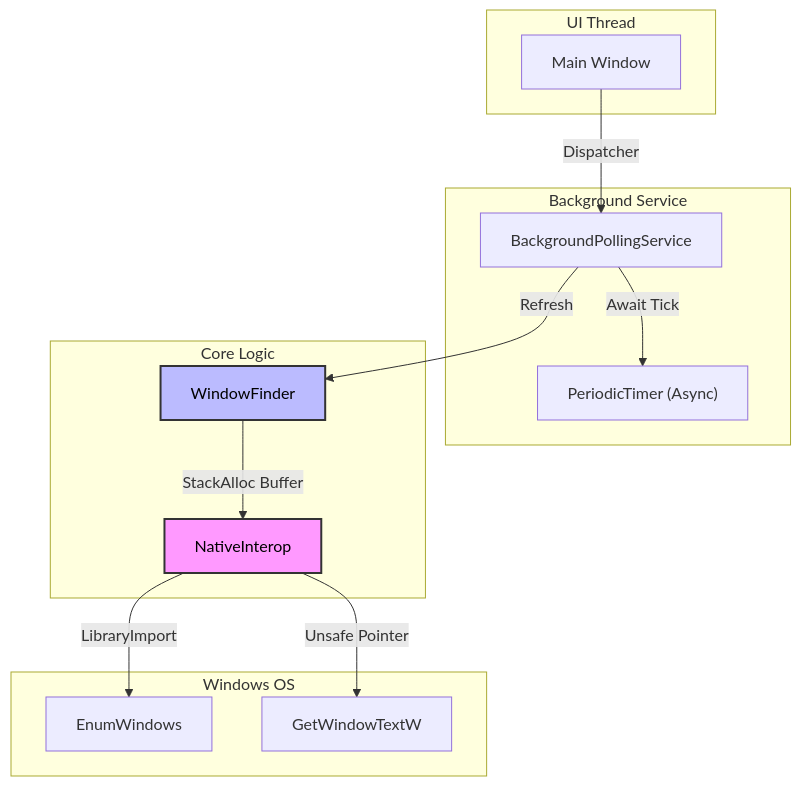
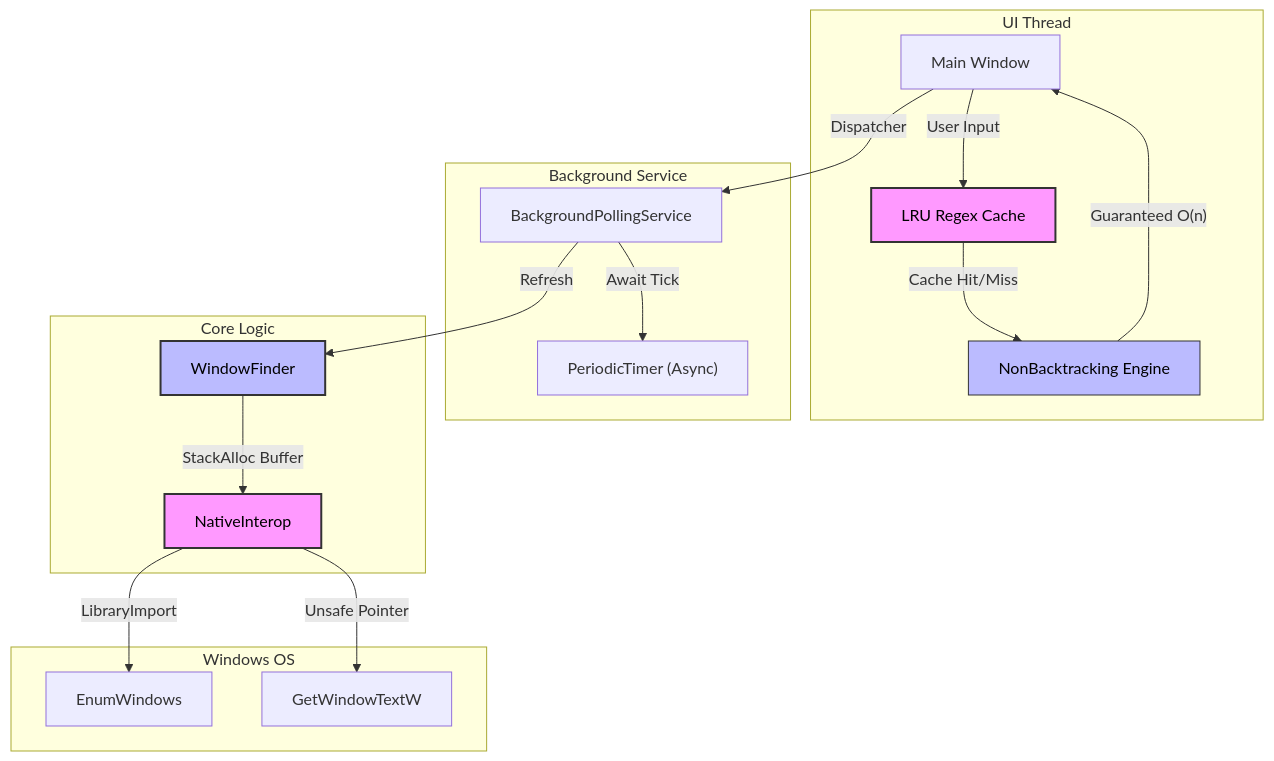
Before and after one commit to jamesericwong/switchblade: the second of 5 diagrams in README.md, drawn with Mermaid. The commit also changed other lines of this file and 13 other files, not shown here.

````diff
--- a/README.md
+++ b/README.md
@@ -80,31 +87,41 @@
 ```mermaid
 graph TD
     subgraph UI Thread
         UI[Main Window]
+        RC[LRU Regex Cache]
+        NB[NonBacktracking Engine]
     end
 
     subgraph Background Service
         BP[BackgroundPollingService]
         PT["PeriodicTimer (Async)"]
     end
 
     subgraph Core Logic
         WF[WindowFinder]
         NI[NativeInterop]
     end
 
     subgraph Windows OS
         API1[EnumWindows]
         API2[GetWindowTextW]
     end
 
+    %% Discovery Path
     UI -- Dispatcher --> BP
     BP -- Await Tick --> PT
     BP -- Refresh --> WF
     WF -- StackAlloc Buffer --> NI
     NI -- LibraryImport --> API1
     NI -- Unsafe Pointer --> API2
-    
+
+    %% Search Path
+    UI -- User Input --> RC
+    RC -- Cache Hit/Miss --> NB
+    NB -- Guaranteed O(n) --> UI
+
     style NI fill:#f9f,stroke:#333,stroke-width:2px,color:black
     style WF fill:#bbf,stroke:#333,stroke-width:2px,color:black
+    style RC fill:#f9f,stroke:#333,stroke-width:2px,color:black
+    style NB fill:#bbf,stroke:#333,stroke-width:1px,color:black
 ```
````
